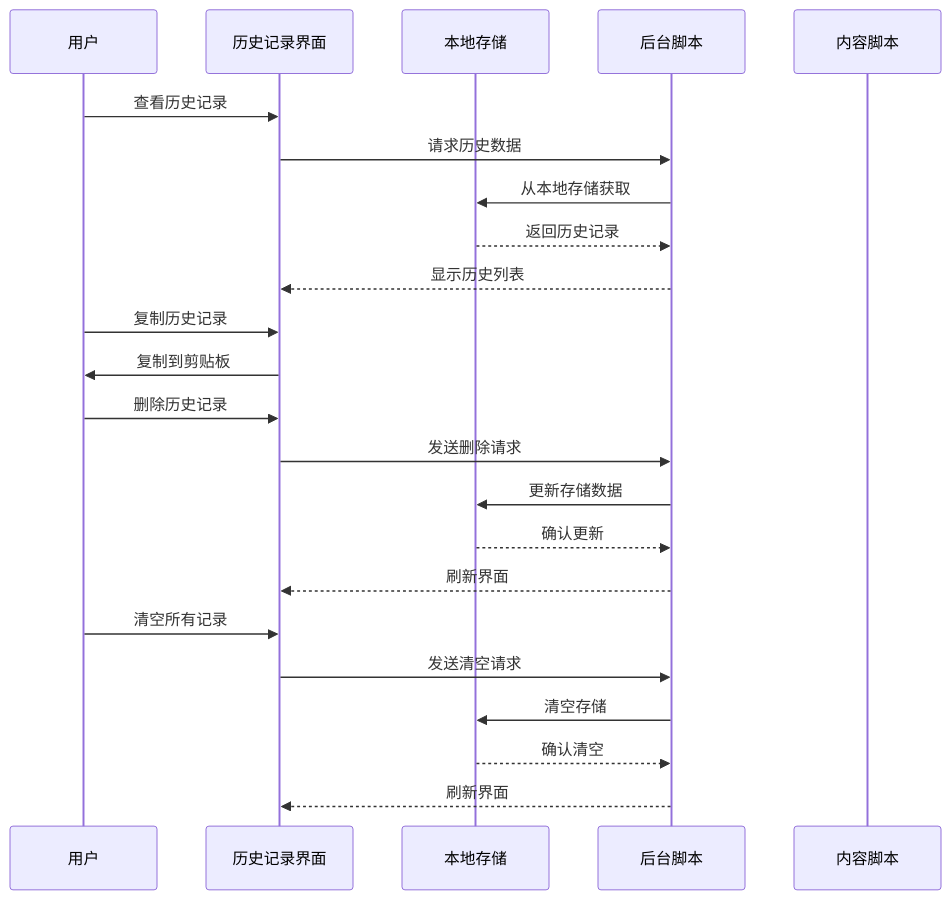
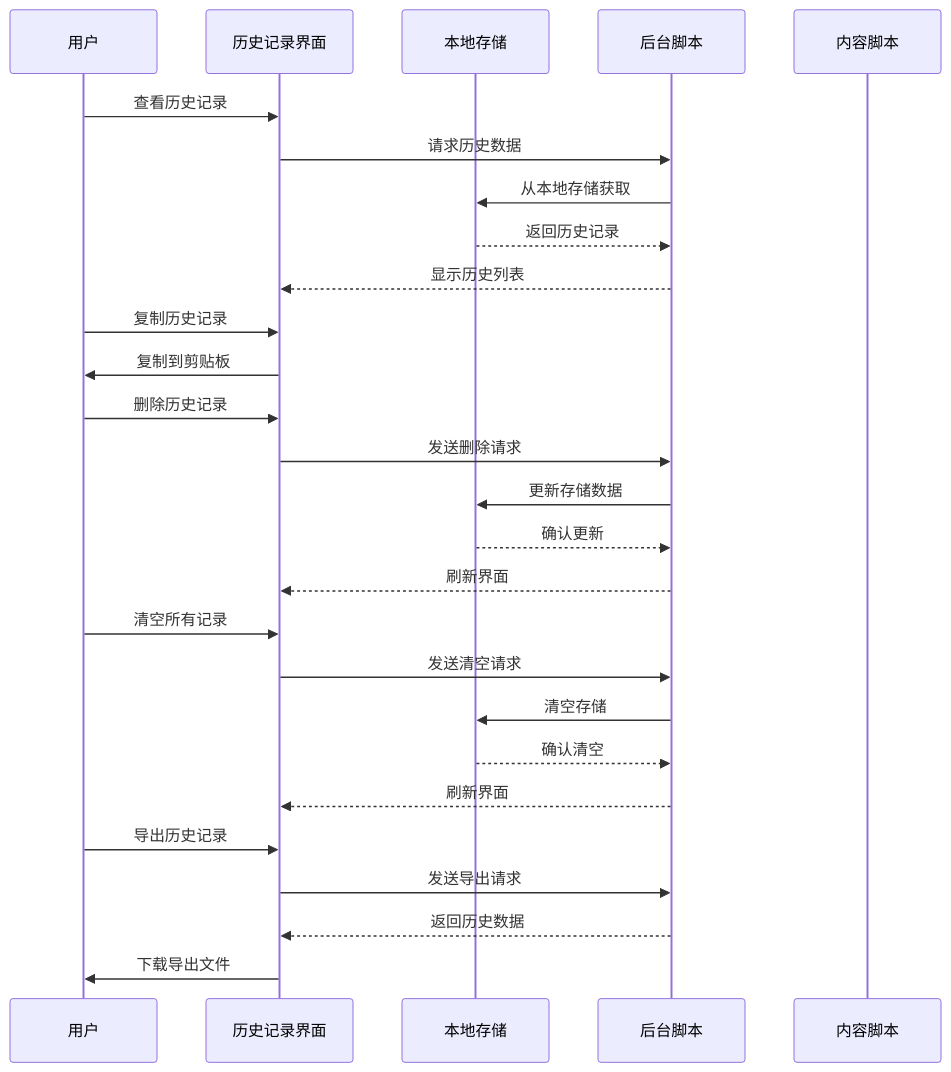
The sixth of 9 diagrams in .qoder/repowiki/zh/content/核心功能/用户界面/设置页面.md (binasi/Img2Prompt), drawn with Mermaid before and after one commit. The commit also changed other lines of this file and 7 other files, not shown here.

````diff
--- a/.qoder/repowiki/zh/content/核心功能/用户界面/设置页面.md
+++ b/.qoder/repowiki/zh/content/核心功能/用户界面/设置页面.md
@@ -302,25 +345,29 @@
 ```mermaid
 sequenceDiagram
 participant User as 用户
 participant HistoryUI as 历史记录界面
 participant Storage as 本地存储
 participant Background as 后台脚本
 participant Content as 内容脚本
 User->>HistoryUI : 查看历史记录
 HistoryUI->>Background : 请求历史数据
 Background->>Storage : 从本地存储获取
 Storage-->>Background : 返回历史记录
 Background-->>HistoryUI : 显示历史列表
 User->>HistoryUI : 复制历史记录
 HistoryUI->>User : 复制到剪贴板
 User->>HistoryUI : 删除历史记录
 HistoryUI->>Background : 发送删除请求
 Background->>Storage : 更新存储数据
 Storage-->>Background : 确认更新
 Background-->>HistoryUI : 刷新界面
 User->>HistoryUI : 清空所有记录
 HistoryUI->>Background : 发送清空请求
 Background->>Storage : 清空存储
 Storage-->>Background : 确认清空
 Background-->>HistoryUI : 刷新界面
+User->>HistoryUI : 导出历史记录
+HistoryUI->>Background : 发送导出请求
+Background-->>HistoryUI : 返回历史数据
+HistoryUI->>User : 下载导出文件
 ```
````
